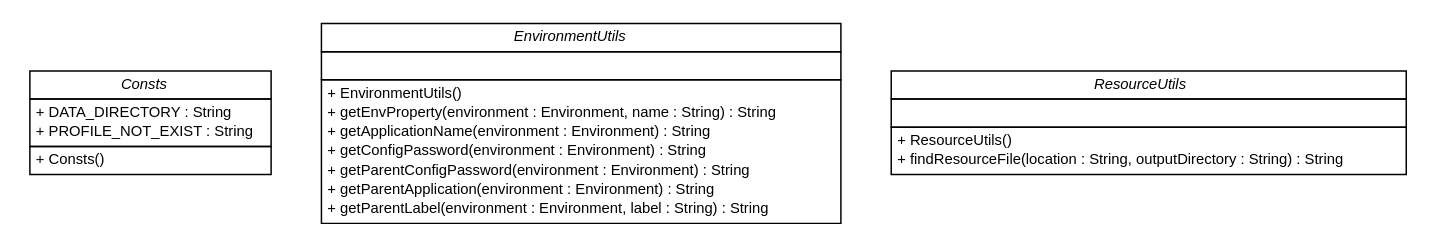
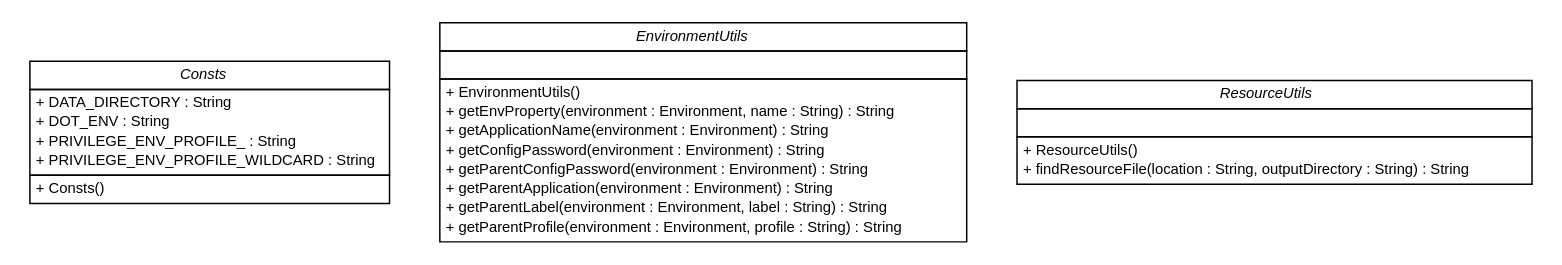
Before and after one commit to sfeng9d/spring-cloud-config: the diagram in release/build-docker/maven-build-java8/spring-cloud-config/spring-cloud-config-server/apidocs/cn/home1/cloud/config/server/util/cn.home1.cloud.config.server.util.dot, drawn with Graphviz. The commit also changed 169 other files, not shown here.

```diff
--- a/release/build-docker/maven-build-java8/spring-cloud-config/spring-cloud-config-server/apidocs/cn/home1/cloud/config/server/util/cn.home1.cloud.config.server.util.dot
+++ b/release/build-docker/maven-build-java8/spring-cloud-config/spring-cloud-config-server/apidocs/cn/home1/cloud/config/server/util/cn.home1.cloud.config.server.util.dot
@@ -1,56 +1,59 @@
 #!/usr/local/bin/dot
 #
 # Class diagram 
 # Generated by UMLGraph version R5_6-24-gf6e263 (http://www.umlgraph.org/)
 #
 
 digraph G {
 	edge [fontname="Helvetica",fontsize=10,labelfontname="Helvetica",labelfontsize=10];
 	node [fontname="Helvetica",fontsize=10,shape=plaintext];
 	nodesep=0.25;
 	ranksep=0.5;
 	// cn.home1.cloud.config.server.util.Consts
 	c0 [label=<<table title="cn.home1.cloud.config.server.util.Consts" border="0" cellborder="1" cellspacing="0" cellpadding="2" port="p" href="./Consts.html">
 		<tr><td><table border="0" cellspacing="0" cellpadding="1">
 <tr><td align="center" balign="center"><font face="Helvetica-Oblique"> Consts </font></td></tr>
 		</table></td></tr>
 		<tr><td><table border="0" cellspacing="0" cellpadding="1">
 <tr><td align="left" balign="left"> + DATA_DIRECTORY : String </td></tr>
-<tr><td align="left" balign="left"> + PROFILE_NOT_EXIST : String </td></tr>
+<tr><td align="left" balign="left"> + DOT_ENV : String </td></tr>
+<tr><td align="left" balign="left"> + PRIVILEGE_ENV_PROFILE_ : String </td></tr>
+<tr><td align="left" balign="left"> + PRIVILEGE_ENV_PROFILE_WILDCARD : String </td></tr>
 		</table></td></tr>
 		<tr><td><table border="0" cellspacing="0" cellpadding="1">
 <tr><td align="left" balign="left"> + Consts() </td></tr>
 		</table></td></tr>
 		</table>>, URL="./Consts.html", fontname="Helvetica", fontcolor="black", fontsize=10.0];
 	// cn.home1.cloud.config.server.util.EnvironmentUtils
 	c1 [label=<<table title="cn.home1.cloud.config.server.util.EnvironmentUtils" border="0" cellborder="1" cellspacing="0" cellpadding="2" port="p" href="./EnvironmentUtils.html">
 		<tr><td><table border="0" cellspacing="0" cellpadding="1">
 <tr><td align="center" balign="center"><font face="Helvetica-Oblique"> EnvironmentUtils </font></td></tr>
 		</table></td></tr>
 		<tr><td><table border="0" cellspacing="0" cellpadding="1">
 <tr><td align="left" balign="left">  </td></tr>
 		</table></td></tr>
 		<tr><td><table border="0" cellspacing="0" cellpadding="1">
 <tr><td align="left" balign="left"> + EnvironmentUtils() </td></tr>
 <tr><td align="left" balign="left"> + getEnvProperty(environment : Environment, name : String) : String </td></tr>
 <tr><td align="left" balign="left"> + getApplicationName(environment : Environment) : String </td></tr>
 <tr><td align="left" balign="left"> + getConfigPassword(environment : Environment) : String </td></tr>
 <tr><td align="left" balign="left"> + getParentConfigPassword(environment : Environment) : String </td></tr>
 <tr><td align="left" balign="left"> + getParentApplication(environment : Environment) : String </td></tr>
 <tr><td align="left" balign="left"> + getParentLabel(environment : Environment, label : String) : String </td></tr>
+<tr><td align="left" balign="left"> + getParentProfile(environment : Environment, profile : String) : String </td></tr>
 		</table></td></tr>
 		</table>>, URL="./EnvironmentUtils.html", fontname="Helvetica", fontcolor="black", fontsize=10.0];
 	// cn.home1.cloud.config.server.util.ResourceUtils
 	c2 [label=<<table title="cn.home1.cloud.config.server.util.ResourceUtils" border="0" cellborder="1" cellspacing="0" cellpadding="2" port="p" href="./ResourceUtils.html">
 		<tr><td><table border="0" cellspacing="0" cellpadding="1">
 <tr><td align="center" balign="center"><font face="Helvetica-Oblique"> ResourceUtils </font></td></tr>
 		</table></td></tr>
 		<tr><td><table border="0" cellspacing="0" cellpadding="1">
 <tr><td align="left" balign="left">  </td></tr>
 		</table></td></tr>
 		<tr><td><table border="0" cellspacing="0" cellpadding="1">
 <tr><td align="left" balign="left"> + ResourceUtils() </td></tr>
 <tr><td align="left" balign="left"> + findResourceFile(location : String, outputDirectory : String) : String </td></tr>
 		</table></td></tr>
 		</table>>, URL="./ResourceUtils.html", fontname="Helvetica", fontcolor="black", fontsize=10.0];
 }
```
